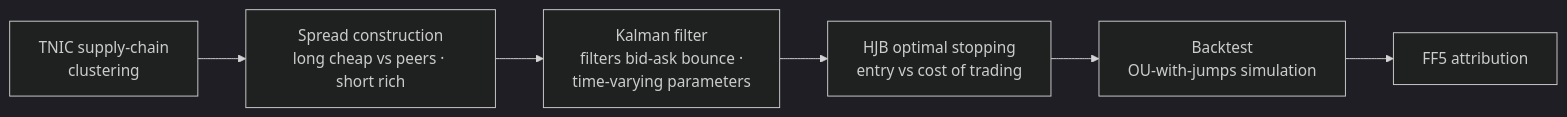
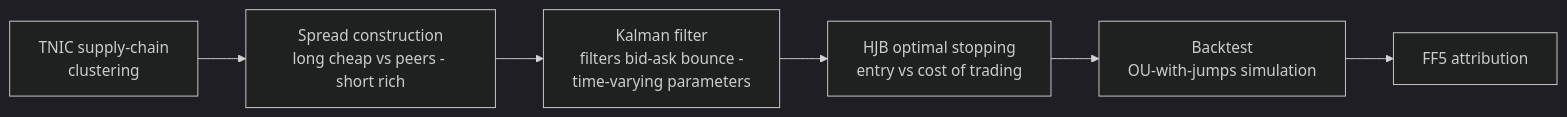
One commit to staykam/ou-kalman-hjb-spread-trading changed the diagram in README.md. Above: the diagram before and after it, drawn with Mermaid (dark theme). The commit also changed other lines of this file and 29 other files, not shown here.

````diff
--- a/README.md
+++ b/README.md
@@ -5,8 +11,8 @@
 ```mermaid
 flowchart LR
-    TNIC[TNIC supply-chain<br/>clustering] --> SPREAD[Spread construction<br/>long cheap vs peers · short rich]
-    SPREAD --> KF[Kalman filter<br/>filters bid-ask bounce ·<br/>time-varying parameters]
+    TNIC[TNIC supply-chain<br/>clustering] --> SPREAD[Spread construction<br/>long cheap vs peers - short rich]
+    SPREAD --> KF[Kalman filter<br/>filters bid-ask bounce -<br/>time-varying parameters]
     KF --> HJB[HJB optimal stopping<br/>entry vs cost of trading]
     HJB --> BT[Backtest<br/>OU-with-jumps simulation]
     BT --> FF5[FF5 attribution]
 ```
````
